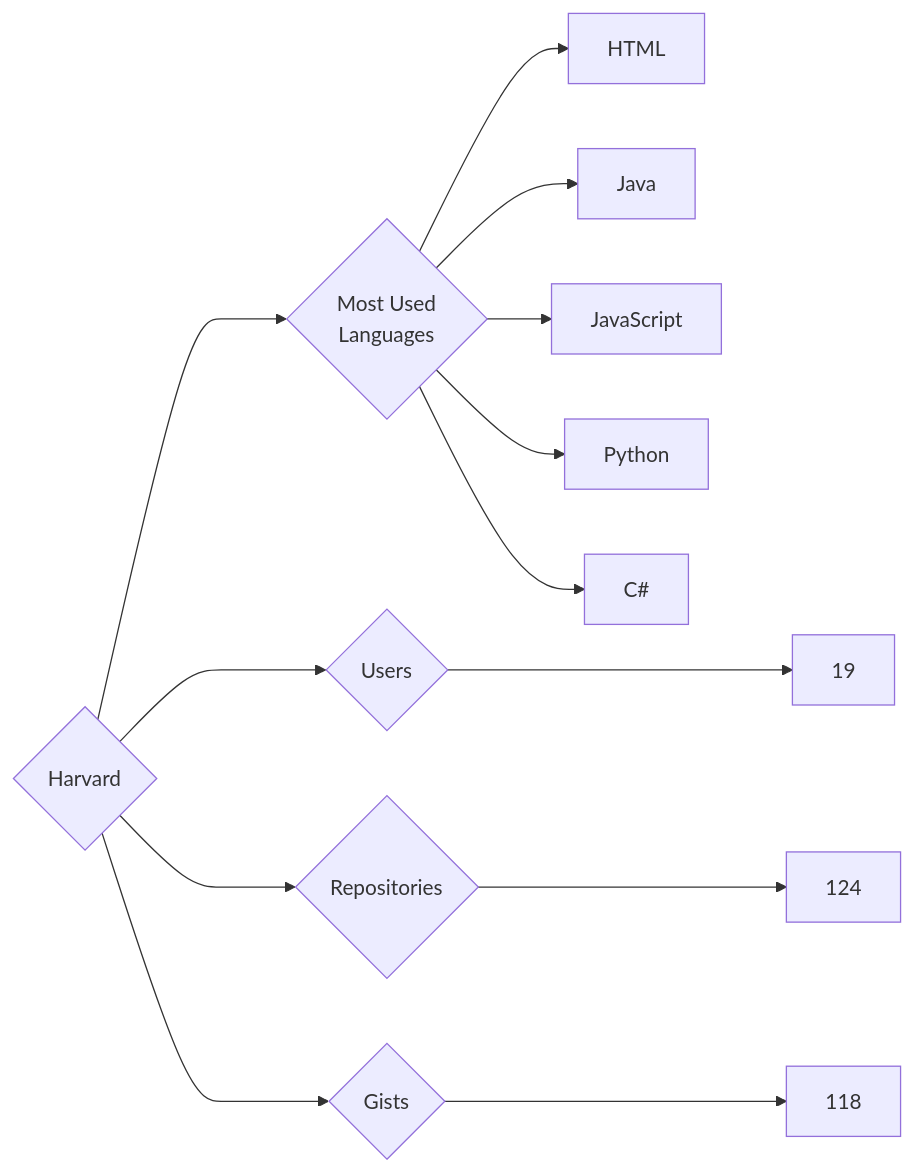
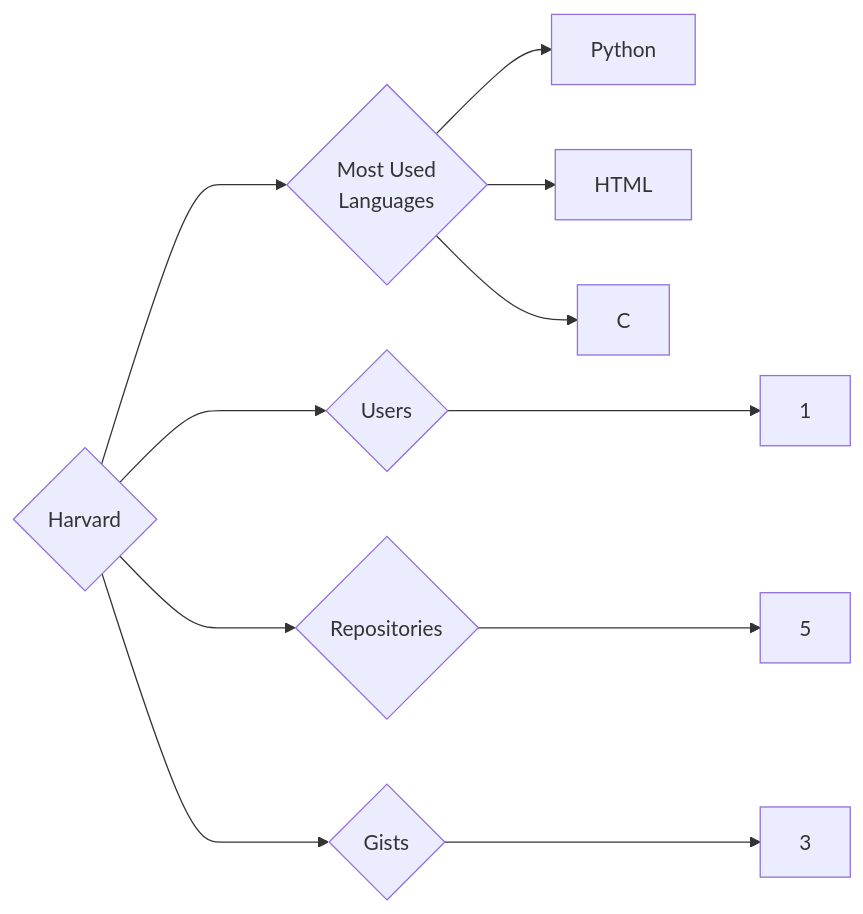
Before and after one commit to trickest/insiders: the diagram in targets/Harvard/README.md, drawn with Mermaid. The commit also changed 748 other files, not shown here.

````diff
--- a/targets/Harvard/README.md
+++ b/targets/Harvard/README.md
@@ -3,13 +3,11 @@
 ```mermaid
 graph LR
 COMPANY_NAME{Harvard}
-COMPANY_NAME ---> U{Users} ---> UN[19]
-COMPANY_NAME ---> R{Repositories} ---> RN[124]
-COMPANY_NAME ---> G{Gists} ---> GN[118]
+COMPANY_NAME ---> U{Users} ---> UN[1]
+COMPANY_NAME ---> R{Repositories} ---> RN[5]
+COMPANY_NAME ---> G{Gists} ---> GN[3]
 COMPANY_NAME ---> ML{Most Used<br>Languages}
+ML --> Python[Python]
 ML --> HTML[HTML]
-ML --> Java[Java]
-ML --> JavaScript[JavaScript]
-ML --> Python[Python]
-ML --> C#[C#]
+ML --> C[C]
 ```
````
